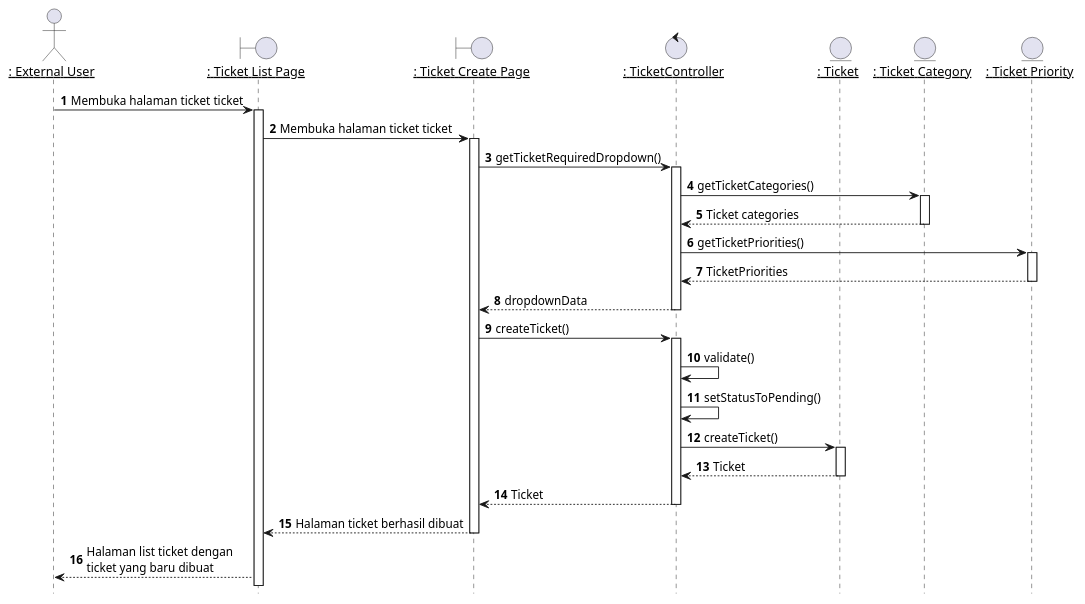
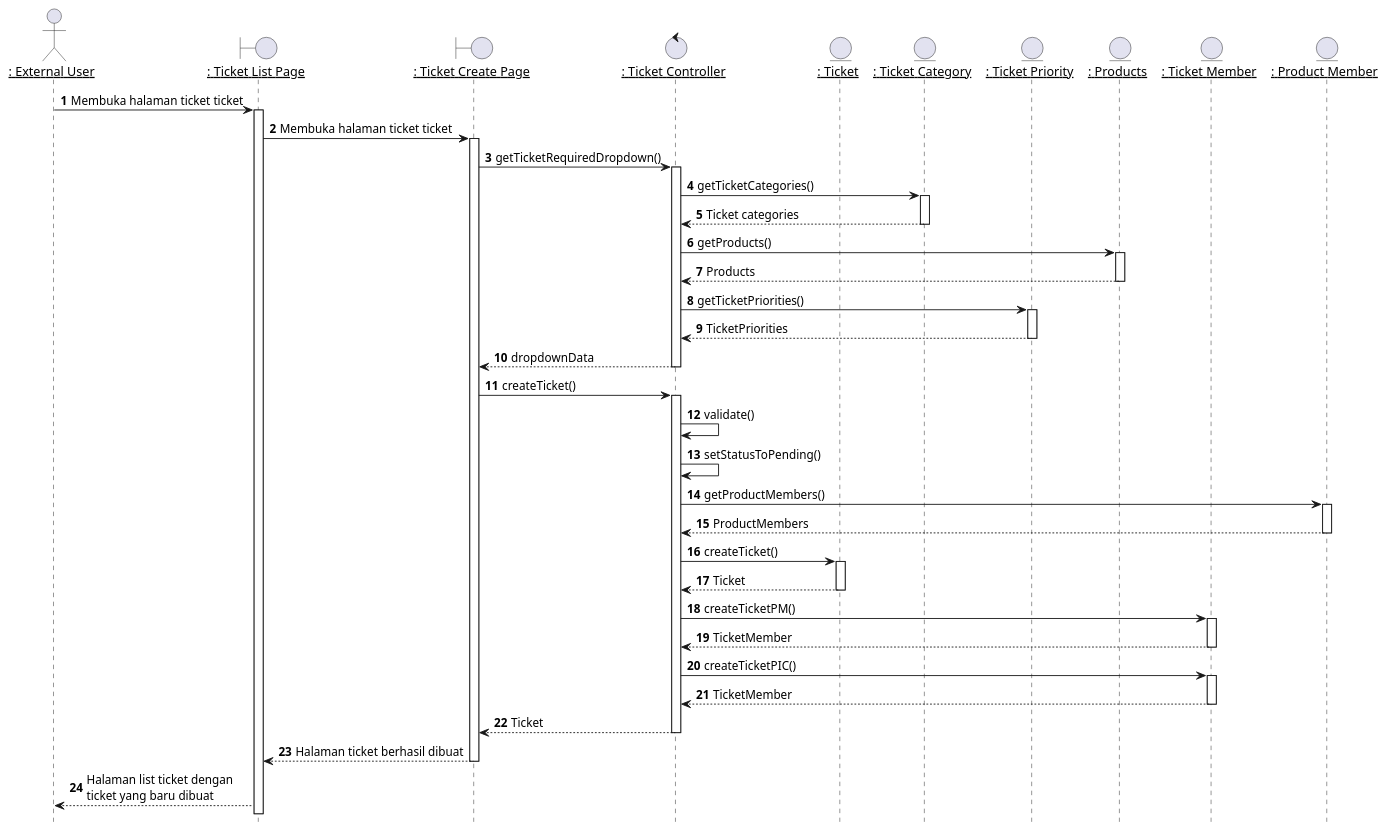
The diagram in plantuml/sequence/ex/ex3.puml (TAS-PKL/Laporan-PKL-Ticketing), drawn with PlantUML before and after one commit. The commit also changed 5 other files, not shown here.

Commit message:
save sequence

```diff
--- a/plantuml/sequence/ex/ex3.puml
+++ b/plantuml/sequence/ex/ex3.puml
@@ -1,68 +1,95 @@
 @startuml Membuat Ticket
 
 hide footbox
 
 ' title "Membuat Ticket"
 
 actor EU as "__: External User__"
 boundary TicketListPage as "__: Ticket List Page__"
 boundary TicketCreatePage as "__: Ticket Create Page__"
-control TicketController as "__: TicketController__"
+control TicketController as "__: Ticket Controller__"
 entity Ticket as "__: Ticket__"
 entity TicketCategories as "__: Ticket Category__"
 entity TicketPriorities as "__: Ticket Priority__"
+entity Product as "__: Products__"
+entity TicketMember as "__: Ticket Member__"
+entity ProductMembers as "__: Product Member__"
 
 
 autonumber 1
 EU -> TicketListPage: Membuka halaman ticket ticket
 activate TicketListPage
 
 TicketListPage -> TicketCreatePage: Membuka halaman ticket ticket
 activate TicketCreatePage
 
 TicketCreatePage -> TicketController: getTicketRequiredDropdown()
 activate TicketController
 
 TicketController -> TicketCategories: getTicketCategories()
 activate TicketCategories
 
 TicketCategories --> TicketController : Ticket categories
 deactivate TicketCategories
+
+TicketController -> Product: getProducts()
+activate Product
+
+Product --> TicketController : Products
+deactivate Product
 
 
 TicketController -> TicketPriorities: getTicketPriorities()
 activate TicketPriorities
 
 TicketPriorities --> TicketController : TicketPriorities
 deactivate TicketPriorities
 
 TicketController --> TicketCreatePage: dropdownData
 deactivate TicketController
 
 
 ' EU -> TicketCreatePage: Mengisi field ticket
 ' activate TicketCreatePage
 
 TicketCreatePage -> TicketController: createTicket()
 activate TicketController
 
 TicketController -> TicketController: validate()
 TicketController -> TicketController: setStatusToPending()
 
+TicketController -> ProductMembers: getProductMembers()
+activate ProductMembers
+
+ProductMembers --> TicketController : ProductMembers
+deactivate ProductMembers
+
 TicketController -> Ticket: createTicket()
 activate Ticket
 
 Ticket --> TicketController : Ticket
 deactivate Ticket
+
+TicketController -> TicketMember: createTicketPM()
+activate TicketMember
+
+TicketMember --> TicketController : TicketMember
+deactivate TicketMember
+
+TicketController -> TicketMember: createTicketPIC()
+activate TicketMember
+
+TicketMember --> TicketController : TicketMember
+deactivate TicketMember
 
 TicketController --> TicketCreatePage : Ticket
 deactivate TicketController
 
 TicketCreatePage --> TicketListPage : Halaman ticket berhasil dibuat
 deactivate TicketCreatePage
 
 TicketListPage --> EU : Halaman list ticket dengan\nticket yang baru dibuat
 deactivate TicketCreatePage
 
 
 @enduml
```
